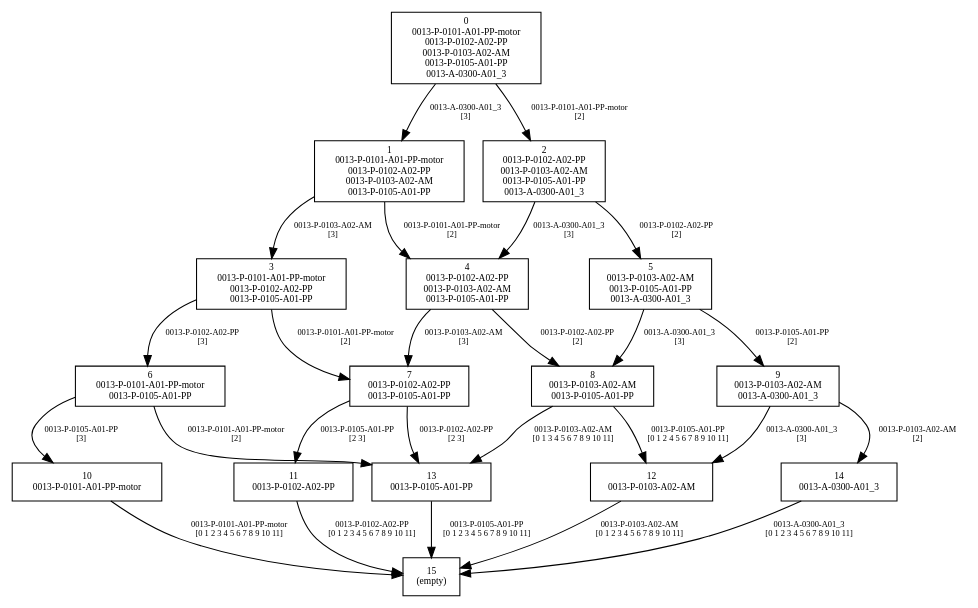
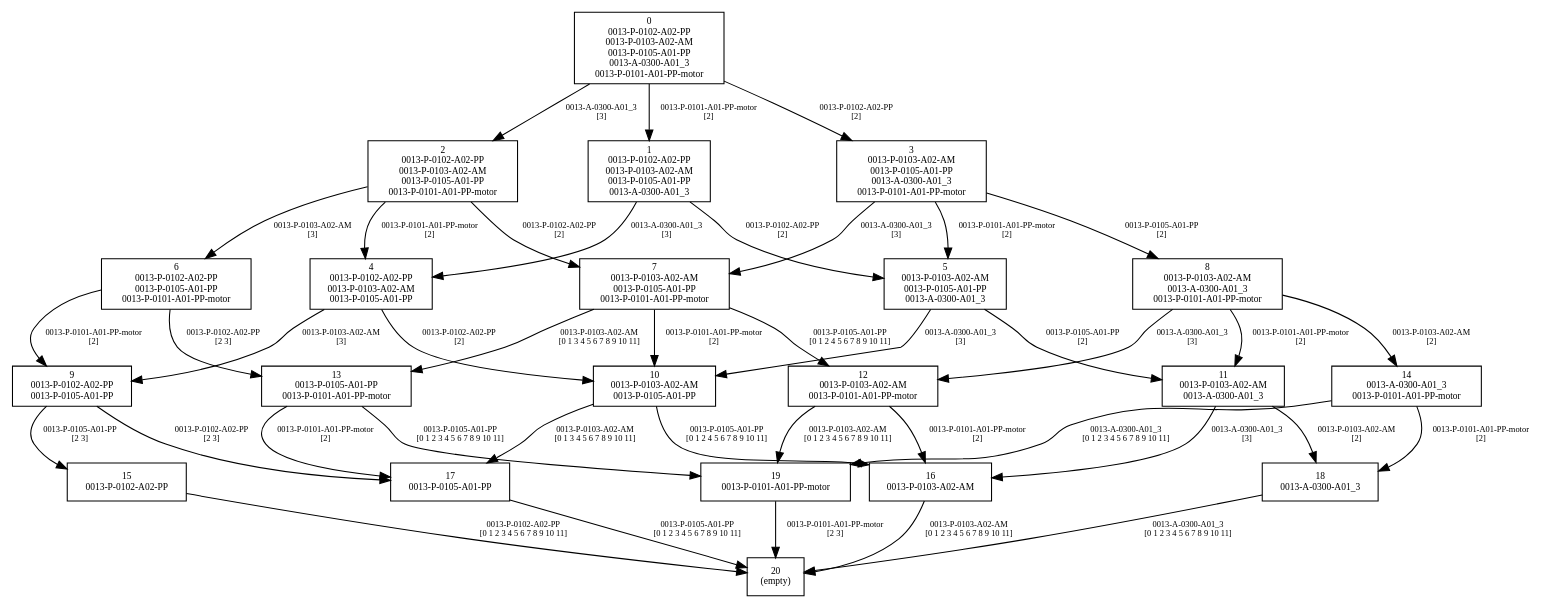
Before and after one commit to danielkerzner/Automated-Assembly-Planning: the diagram in output/lunar_motor_tire/aog/aog.dot, drawn with Graphviz. The commit also changed 411 other files, not shown here.

```diff
--- a/output/lunar_motor_tire/aog/aog.dot
+++ b/output/lunar_motor_tire/aog/aog.dot
@@ -1,51 +1,71 @@
 digraph AoG {
   rankdir=TB;
   node [shape=box, fontsize=9];
   { rank=same; n0; }
-  n0 [label="0\n0013-P-0101-A01-PP-motor\n0013-P-0102-A02-PP\n0013-P-0103-A02-AM\n0013-P-0105-A01-PP\n0013-A-0300-A01_3"];
-  { rank=same; n1; n2; }
-  n1 [label="1\n0013-P-0101-A01-PP-motor\n0013-P-0102-A02-PP\n0013-P-0103-A02-AM\n0013-P-0105-A01-PP"];
-  n2 [label="2\n0013-P-0102-A02-PP\n0013-P-0103-A02-AM\n0013-P-0105-A01-PP\n0013-A-0300-A01_3"];
-  { rank=same; n3; n4; n5; }
-  n3 [label="3\n0013-P-0101-A01-PP-motor\n0013-P-0102-A02-PP\n0013-P-0105-A01-PP"];
+  n0 [label="0\n0013-P-0102-A02-PP\n0013-P-0103-A02-AM\n0013-P-0105-A01-PP\n0013-A-0300-A01_3\n0013-P-0101-A01-PP-motor"];
+  { rank=same; n1; n2; n3; }
+  n1 [label="1\n0013-P-0102-A02-PP\n0013-P-0103-A02-AM\n0013-P-0105-A01-PP\n0013-A-0300-A01_3"];
+  n2 [label="2\n0013-P-0102-A02-PP\n0013-P-0103-A02-AM\n0013-P-0105-A01-PP\n0013-P-0101-A01-PP-motor"];
+  n3 [label="3\n0013-P-0103-A02-AM\n0013-P-0105-A01-PP\n0013-A-0300-A01_3\n0013-P-0101-A01-PP-motor"];
+  { rank=same; n4; n5; n6; n7; n8; }
   n4 [label="4\n0013-P-0102-A02-PP\n0013-P-0103-A02-AM\n0013-P-0105-A01-PP"];
   n5 [label="5\n0013-P-0103-A02-AM\n0013-P-0105-A01-PP\n0013-A-0300-A01_3"];
-  { rank=same; n6; n7; n8; n9; }
-  n6 [label="6\n0013-P-0101-A01-PP-motor\n0013-P-0105-A01-PP"];
-  n7 [label="7\n0013-P-0102-A02-PP\n0013-P-0105-A01-PP"];
-  n8 [label="8\n0013-P-0103-A02-AM\n0013-P-0105-A01-PP"];
-  n9 [label="9\n0013-P-0103-A02-AM\n0013-A-0300-A01_3"];
-  { rank=same; n10; n11; n12; n13; n14; }
-  n10 [label="10\n0013-P-0101-A01-PP-motor"];
-  n11 [label="11\n0013-P-0102-A02-PP"];
-  n12 [label="12\n0013-P-0103-A02-AM"];
-  n13 [label="13\n0013-P-0105-A01-PP"];
-  n14 [label="14\n0013-A-0300-A01_3"];
-  { rank=same; n15; }
-  n15 [label="15\n(empty)"];
-  n0 -> n2 [label="0013-P-0101-A01-PP-motor\n[2]", fontsize=8];
-  n0 -> n1 [label="0013-A-0300-A01_3\n[3]", fontsize=8];
-  n1 -> n4 [label="0013-P-0101-A01-PP-motor\n[2]", fontsize=8];
-  n1 -> n3 [label="0013-P-0103-A02-AM\n[3]", fontsize=8];
-  n2 -> n5 [label="0013-P-0102-A02-PP\n[2]", fontsize=8];
-  n2 -> n4 [label="0013-A-0300-A01_3\n[3]", fontsize=8];
-  n3 -> n7 [label="0013-P-0101-A01-PP-motor\n[2]", fontsize=8];
-  n3 -> n6 [label="0013-P-0102-A02-PP\n[3]", fontsize=8];
-  n4 -> n8 [label="0013-P-0102-A02-PP\n[2]", fontsize=8];
-  n4 -> n7 [label="0013-P-0103-A02-AM\n[3]", fontsize=8];
-  n5 -> n9 [label="0013-P-0105-A01-PP\n[2]", fontsize=8];
-  n5 -> n8 [label="0013-A-0300-A01_3\n[3]", fontsize=8];
-  n6 -> n13 [label="0013-P-0101-A01-PP-motor\n[2]", fontsize=8];
-  n6 -> n10 [label="0013-P-0105-A01-PP\n[3]", fontsize=8];
-  n7 -> n13 [label="0013-P-0102-A02-PP\n[2 3]", fontsize=8];
-  n7 -> n11 [label="0013-P-0105-A01-PP\n[2 3]", fontsize=8];
-  n8 -> n13 [label="0013-P-0103-A02-AM\n[0 1 3 4 5 6 7 8 9 10 11]", fontsize=8];
-  n8 -> n12 [label="0013-P-0105-A01-PP\n[0 1 2 4 5 6 7 8 9 10 11]", fontsize=8];
-  n9 -> n14 [label="0013-P-0103-A02-AM\n[2]", fontsize=8];
-  n9 -> n12 [label="0013-A-0300-A01_3\n[3]", fontsize=8];
-  n10 -> n15 [label="0013-P-0101-A01-PP-motor\n[0 1 2 3 4 5 6 7 8 9 10 11]", fontsize=8];
-  n11 -> n15 [label="0013-P-0102-A02-PP\n[0 1 2 3 4 5 6 7 8 9 10 11]", fontsize=8];
-  n12 -> n15 [label="0013-P-0103-A02-AM\n[0 1 2 3 4 5 6 7 8 9 10 11]", fontsize=8];
-  n13 -> n15 [label="0013-P-0105-A01-PP\n[0 1 2 3 4 5 6 7 8 9 10 11]", fontsize=8];
-  n14 -> n15 [label="0013-A-0300-A01_3\n[0 1 2 3 4 5 6 7 8 9 10 11]", fontsize=8];
+  n6 [label="6\n0013-P-0102-A02-PP\n0013-P-0105-A01-PP\n0013-P-0101-A01-PP-motor"];
+  n7 [label="7\n0013-P-0103-A02-AM\n0013-P-0105-A01-PP\n0013-P-0101-A01-PP-motor"];
+  n8 [label="8\n0013-P-0103-A02-AM\n0013-A-0300-A01_3\n0013-P-0101-A01-PP-motor"];
+  { rank=same; n9; n10; n11; n12; n13; n14; }
+  n9 [label="9\n0013-P-0102-A02-PP\n0013-P-0105-A01-PP"];
+  n10 [label="10\n0013-P-0103-A02-AM\n0013-P-0105-A01-PP"];
+  n11 [label="11\n0013-P-0103-A02-AM\n0013-A-0300-A01_3"];
+  n12 [label="12\n0013-P-0103-A02-AM\n0013-P-0101-A01-PP-motor"];
+  n13 [label="13\n0013-P-0105-A01-PP\n0013-P-0101-A01-PP-motor"];
+  n14 [label="14\n0013-A-0300-A01_3\n0013-P-0101-A01-PP-motor"];
+  { rank=same; n15; n16; n17; n18; n19; }
+  n15 [label="15\n0013-P-0102-A02-PP"];
+  n16 [label="16\n0013-P-0103-A02-AM"];
+  n17 [label="17\n0013-P-0105-A01-PP"];
+  n18 [label="18\n0013-A-0300-A01_3"];
+  n19 [label="19\n0013-P-0101-A01-PP-motor"];
+  { rank=same; n20; }
+  n20 [label="20\n(empty)"];
+  n0 -> n3 [label="0013-P-0102-A02-PP\n[2]", fontsize=8];
+  n0 -> n2 [label="0013-A-0300-A01_3\n[3]", fontsize=8];
+  n0 -> n1 [label="0013-P-0101-A01-PP-motor\n[2]", fontsize=8];
+  n1 -> n5 [label="0013-P-0102-A02-PP\n[2]", fontsize=8];
+  n1 -> n4 [label="0013-A-0300-A01_3\n[3]", fontsize=8];
+  n2 -> n7 [label="0013-P-0102-A02-PP\n[2]", fontsize=8];
+  n2 -> n6 [label="0013-P-0103-A02-AM\n[3]", fontsize=8];
+  n2 -> n4 [label="0013-P-0101-A01-PP-motor\n[2]", fontsize=8];
+  n3 -> n8 [label="0013-P-0105-A01-PP\n[2]", fontsize=8];
+  n3 -> n7 [label="0013-A-0300-A01_3\n[3]", fontsize=8];
+  n3 -> n5 [label="0013-P-0101-A01-PP-motor\n[2]", fontsize=8];
+  n4 -> n10 [label="0013-P-0102-A02-PP\n[2]", fontsize=8];
+  n4 -> n9 [label="0013-P-0103-A02-AM\n[3]", fontsize=8];
+  n5 -> n11 [label="0013-P-0105-A01-PP\n[2]", fontsize=8];
+  n5 -> n10 [label="0013-A-0300-A01_3\n[3]", fontsize=8];
+  n6 -> n13 [label="0013-P-0102-A02-PP\n[2 3]", fontsize=8];
+  n6 -> n9 [label="0013-P-0101-A01-PP-motor\n[2]", fontsize=8];
+  n7 -> n13 [label="0013-P-0103-A02-AM\n[0 1 3 4 5 6 7 8 9 10 11]", fontsize=8];
+  n7 -> n12 [label="0013-P-0105-A01-PP\n[0 1 2 4 5 6 7 8 9 10 11]", fontsize=8];
+  n7 -> n10 [label="0013-P-0101-A01-PP-motor\n[2]", fontsize=8];
+  n8 -> n14 [label="0013-P-0103-A02-AM\n[2]", fontsize=8];
+  n8 -> n12 [label="0013-A-0300-A01_3\n[3]", fontsize=8];
+  n8 -> n11 [label="0013-P-0101-A01-PP-motor\n[2]", fontsize=8];
+  n9 -> n17 [label="0013-P-0102-A02-PP\n[2 3]", fontsize=8];
+  n9 -> n15 [label="0013-P-0105-A01-PP\n[2 3]", fontsize=8];
+  n10 -> n17 [label="0013-P-0103-A02-AM\n[0 1 3 4 5 6 7 8 9 10 11]", fontsize=8];
+  n10 -> n16 [label="0013-P-0105-A01-PP\n[0 1 2 4 5 6 7 8 9 10 11]", fontsize=8];
+  n11 -> n18 [label="0013-P-0103-A02-AM\n[2]", fontsize=8];
+  n11 -> n16 [label="0013-A-0300-A01_3\n[3]", fontsize=8];
+  n12 -> n19 [label="0013-P-0103-A02-AM\n[0 1 2 3 4 5 6 7 8 9 10 11]", fontsize=8];
+  n12 -> n16 [label="0013-P-0101-A01-PP-motor\n[2]", fontsize=8];
+  n13 -> n19 [label="0013-P-0105-A01-PP\n[0 1 2 3 4 5 6 7 8 9 10 11]", fontsize=8];
+  n13 -> n17 [label="0013-P-0101-A01-PP-motor\n[2]", fontsize=8];
+  n14 -> n19 [label="0013-A-0300-A01_3\n[0 1 2 3 4 5 6 7 8 9 10 11]", fontsize=8];
+  n14 -> n18 [label="0013-P-0101-A01-PP-motor\n[2]", fontsize=8];
+  n15 -> n20 [label="0013-P-0102-A02-PP\n[0 1 2 3 4 5 6 7 8 9 10 11]", fontsize=8];
+  n16 -> n20 [label="0013-P-0103-A02-AM\n[0 1 2 3 4 5 6 7 8 9 10 11]", fontsize=8];
+  n17 -> n20 [label="0013-P-0105-A01-PP\n[0 1 2 3 4 5 6 7 8 9 10 11]", fontsize=8];
+  n18 -> n20 [label="0013-A-0300-A01_3\n[0 1 2 3 4 5 6 7 8 9 10 11]", fontsize=8];
+  n19 -> n20 [label="0013-P-0101-A01-PP-motor\n[2 3]", fontsize=8];
 }
```
